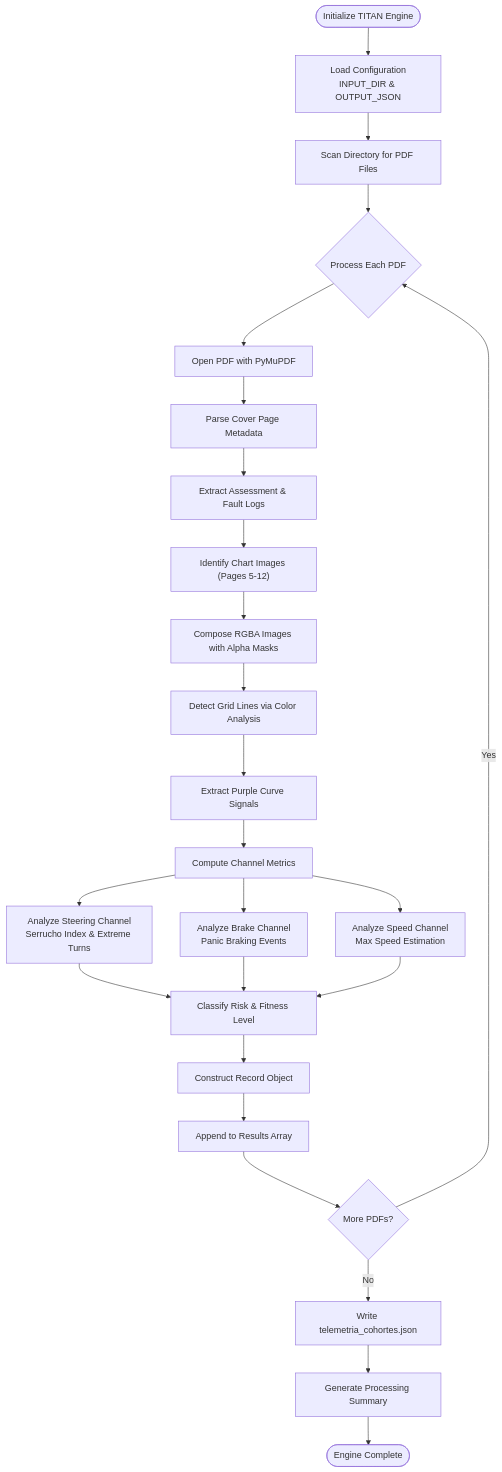
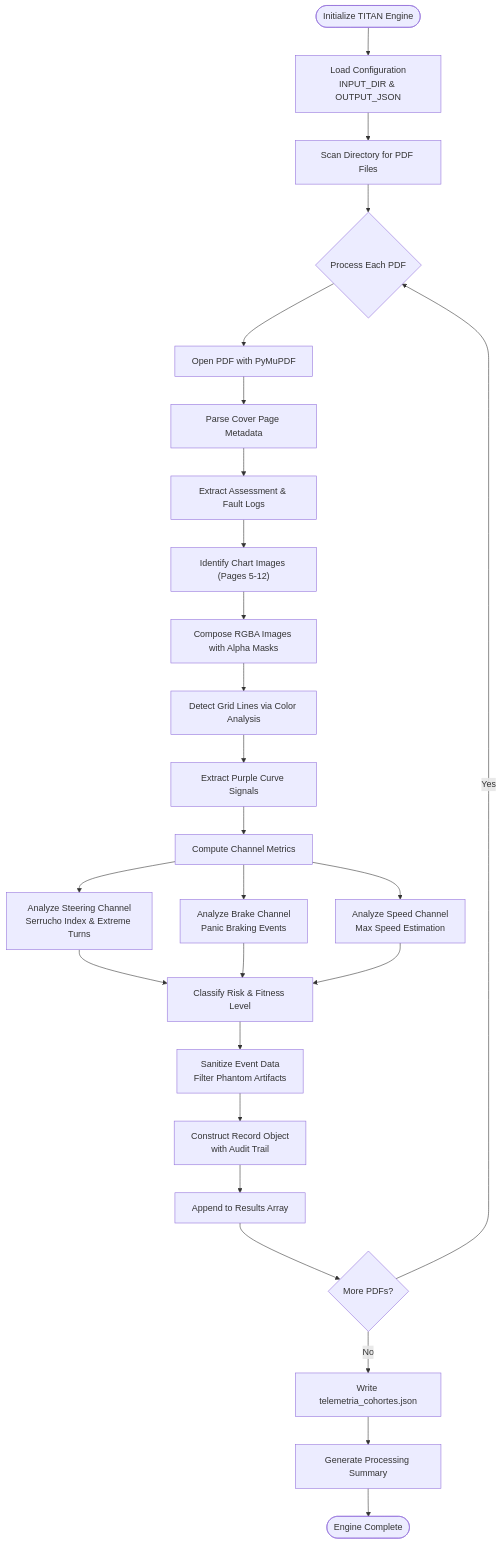
One commit to AgusCatra/simu-twin-web changed the first of 6 diagrams in .qoder/repowiki/en/content/Core Services & Business Logic/Telemetry Processing Engine.md. Above: the diagram before and after it, drawn with Mermaid. The commit also changed other lines of this file and 25 other files, not shown here.

````diff
--- a/.qoder/repowiki/en/content/Core Services & Business Logic/Telemetry Processing Engine.md
+++ b/.qoder/repowiki/en/content/Core Services & Business Logic/Telemetry Processing Engine.md
@@ -50,27 +49,28 @@
 ```mermaid
 flowchart TD
 Start(["Initialize TITAN Engine"]) --> Config["Load Configuration<br/>INPUT_DIR & OUTPUT_JSON"]
 Config --> ScanPDFs["Scan Directory for PDF Files"]
 ScanPDFs --> ProcessLoop{"Process Each PDF"}
 ProcessLoop --> OpenDoc["Open PDF with PyMuPDF"]
 OpenDoc --> ParseCover["Parse Cover Page Metadata"]
 ParseCover --> ExtractLogs["Extract Assessment & Fault Logs"]
 ExtractLogs --> IdentifyCharts["Identify Chart Images (Pages 5-12)"]
 IdentifyCharts --> ComposeImages["Compose RGBA Images with Alpha Masks"]
 ComposeImages --> DetectGrid["Detect Grid Lines via Color Analysis"]
 DetectGrid --> ExtractCurves["Extract Purple Curve Signals"]
 ExtractCurves --> ComputeMetrics["Compute Channel Metrics"]
 ComputeMetrics --> AnalyzeSteering["Analyze Steering Channel<br/>Serrucho Index & Extreme Turns"]
 ComputeMetrics --> AnalyzeBrake["Analyze Brake Channel<br/>Panic Braking Events"]
 ComputeMetrics --> AnalyzeSpeed["Analyze Speed Channel<br/>Max Speed Estimation"]
 AnalyzeSteering --> ClassifyRisk["Classify Risk & Fitness Level"]
 AnalyzeBrake --> ClassifyRisk
 AnalyzeSpeed --> ClassifyRisk
-ClassifyRisk --> BuildRecord["Construct Record Object"]
+ClassifyRisk --> SanitizeEvents["Sanitize Event Data<br/>Filter Phantom Artifacts"]
+SanitizeEvents --> BuildRecord["Construct Record Object<br/>with Audit Trail"]
 BuildRecord --> AppendResults["Append to Results Array"]
 AppendResults --> NextPDF{"More PDFs?"}
 NextPDF --> |Yes| ProcessLoop
 NextPDF --> |No| WriteOutput["Write telemetria_cohortes.json"]
 WriteOutput --> PrintSummary["Generate Processing Summary"]
 PrintSummary --> End(["Engine Complete"])
 ```
````
